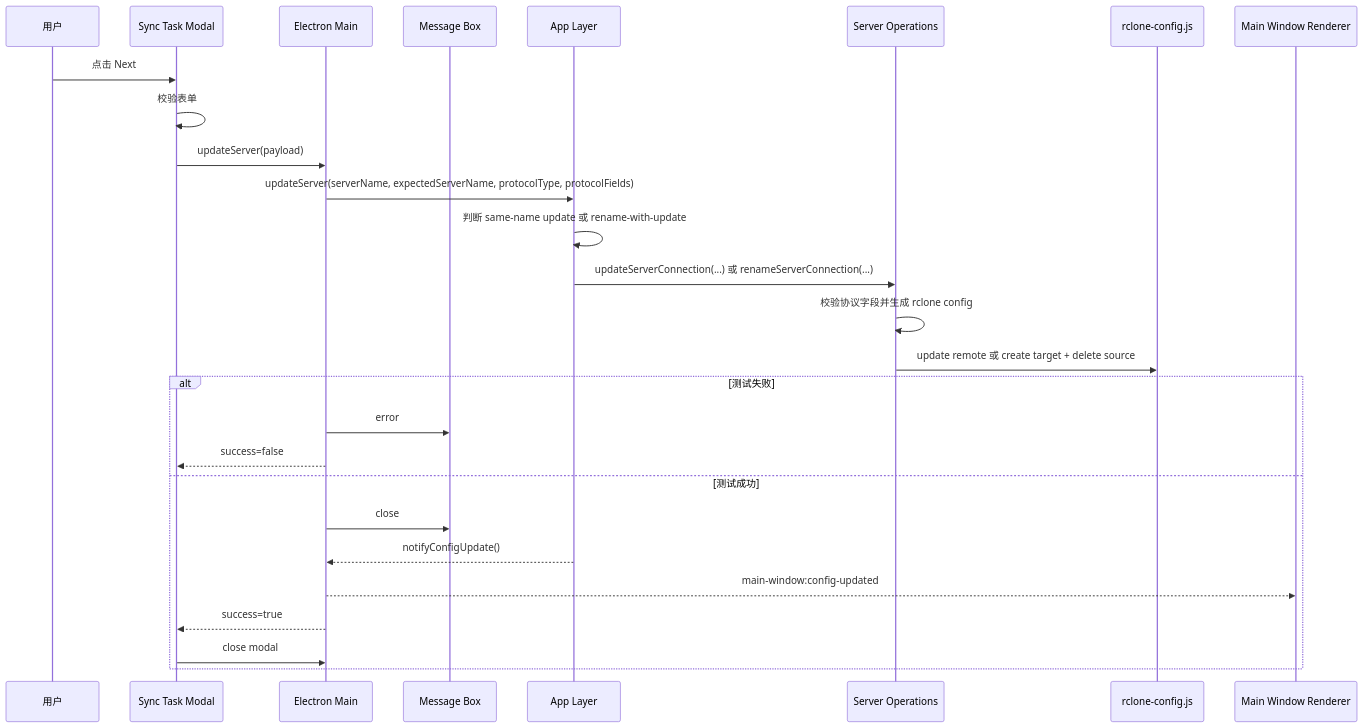
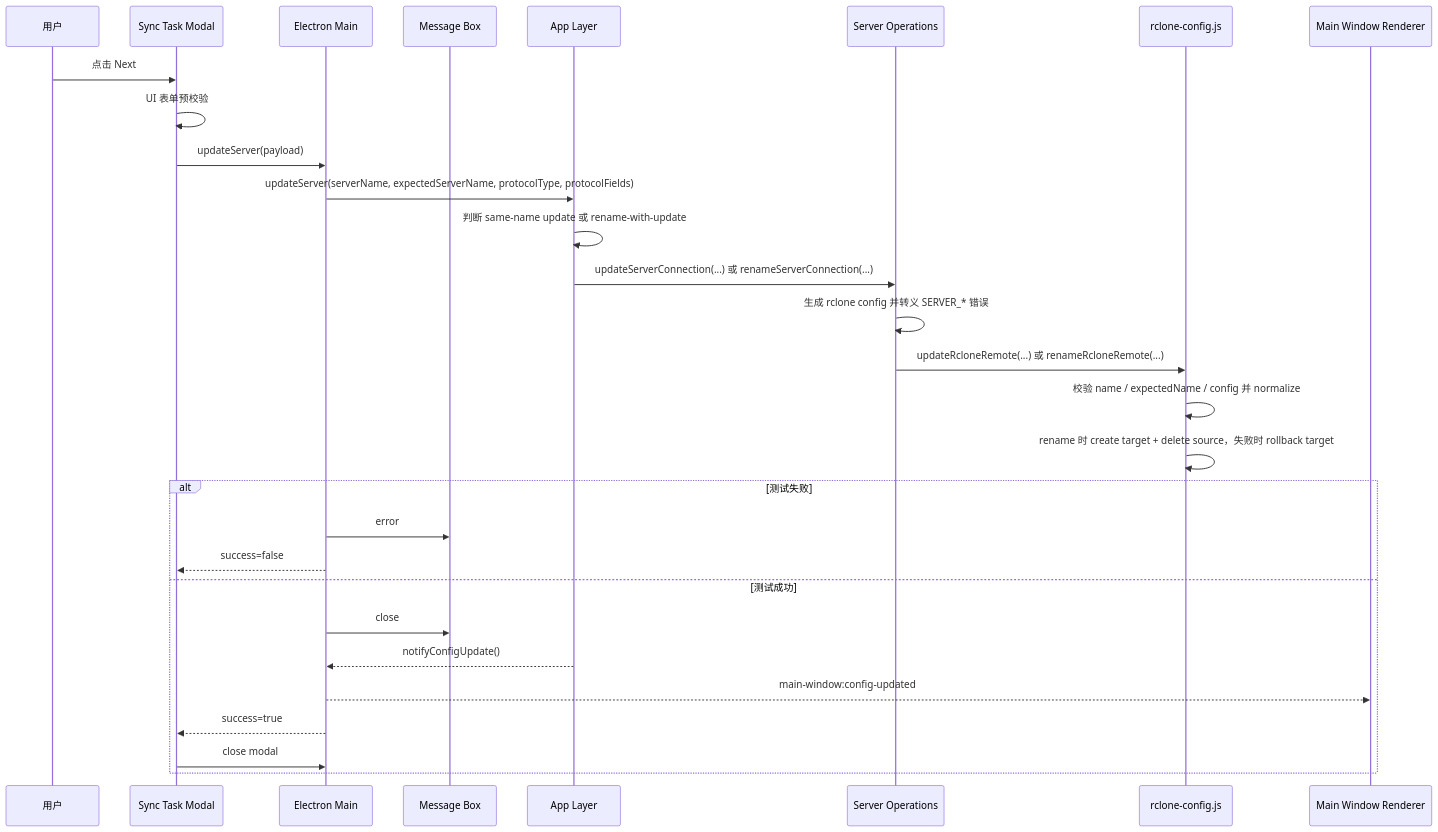
Before and after one commit to agalloch21/sync-with-rclone: diagram 12 of 13 in docs/Flows.md, drawn with Mermaid. The commit also changed other lines of this file and 13 other files, not shown here.

Commit message:
optimize the error flow

````diff
--- a/docs/Flows.md
+++ b/docs/Flows.md
@@ -337,30 +337,32 @@
 ```mermaid
 sequenceDiagram
   participant U as 用户
   participant M as Sync Task Modal
   participant EM as Electron Main
   participant MB as Message Box
   participant APP as App Layer
   participant SO as Server Operations
   participant RC as rclone-config.js
   participant MW as Main Window Renderer
 
   U->>M: 点击 Next
-  M->>M: 校验表单
+  M->>M: UI 表单预校验
   M->>EM: updateServer(payload)
   EM->>APP: updateServer(serverName, expectedServerName, protocolType, protocolFields)
   APP->>APP: 判断 same-name update 或 rename-with-update
   APP->>SO: updateServerConnection(...) 或 renameServerConnection(...)
-  SO->>SO: 校验协议字段并生成 rclone config
-  SO->>RC: update remote 或 create target + delete source
+  SO->>SO: 生成 rclone config 并转义 SERVER_* 错误
+  SO->>RC: updateRcloneRemote(...) 或 renameRcloneRemote(...)
+  RC->>RC: 校验 name / expectedName / config 并 normalize
+  RC->>RC: rename 时 create target + delete source，失败时 rollback target
   alt 测试失败
     EM->>MB: error
     EM-->>M: success=false
   else 测试成功
     EM->>MB: close
     APP-->>EM: notifyConfigUpdate()
     EM-->>MW: main-window:config-updated
     EM-->>M: success=true
     M->>EM: close modal
   end
 ```
````
